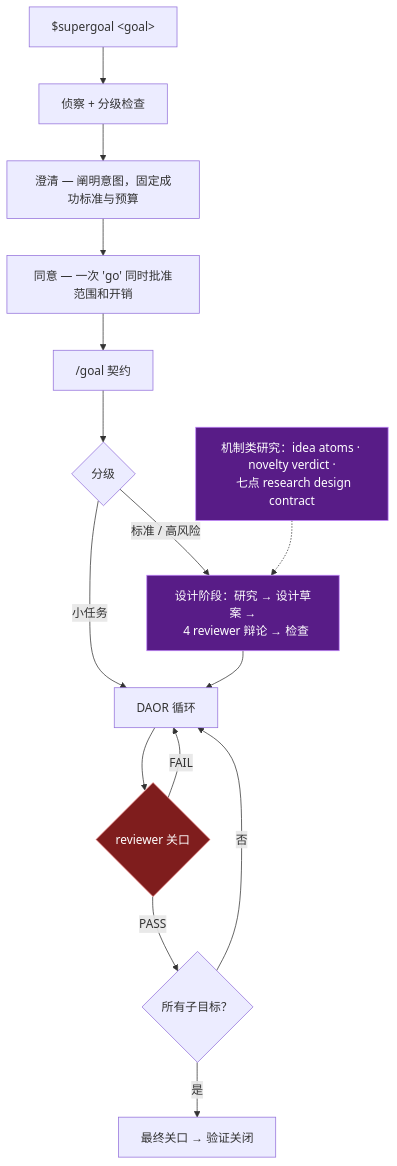
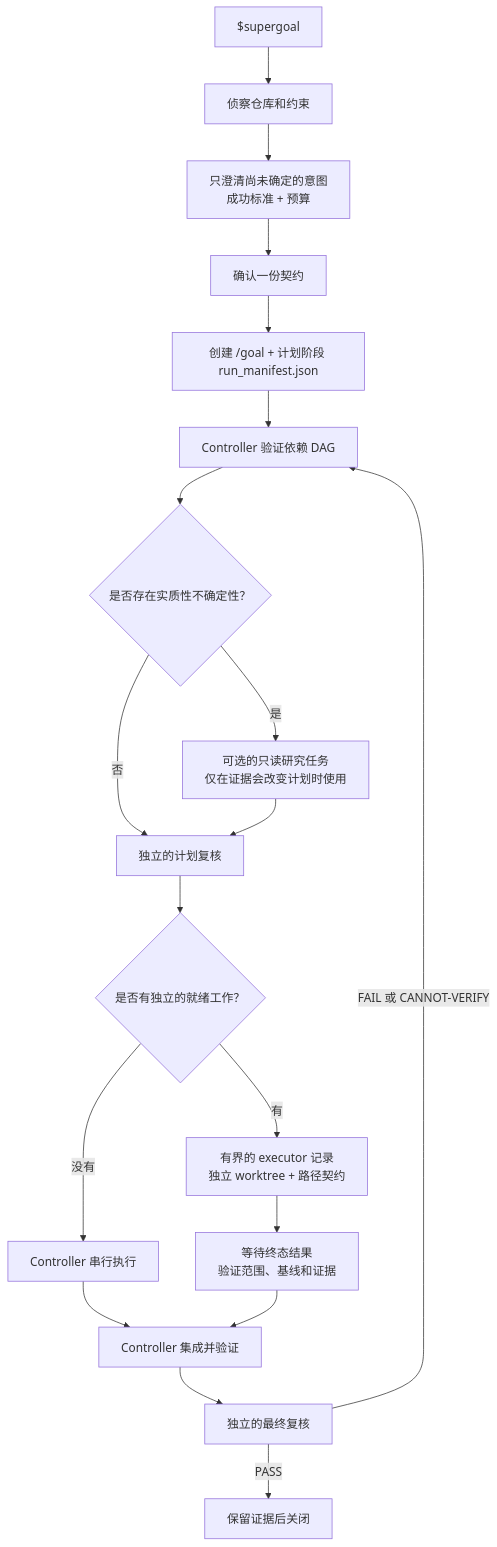
One commit to lidapengpeng/SuperGoal-Skill changed the diagram in README.zh-CN.md. Above: the diagram before and after it, drawn with Mermaid. The commit also changed other lines of this file and 40 other files, not shown here.

````diff
--- a/README.zh-CN.md
+++ b/README.zh-CN.md
@@ -43,24 +30,21 @@
-```mermaid
+~~~mermaid
 flowchart TD
-  A["$supergoal &lt;goal&gt;"] --> B["侦察 + 分级检查"]
-  B --> C["澄清 — 阐明意图，固定成功标准与预算"]
-  C --> D["同意 — 一次 'go' 同时批准范围和开销"]
-  D --> E["/goal 契约"]
-  E --> F{"分级"}
-  F -->|标准 / 高风险| G["设计阶段：研究 → 设计草案 →
-  4 reviewer 辩论 → 检查"]
-  F -->|小任务| H["DAOR 循环"]
-  M["机制类研究：idea atoms · novelty verdict ·
-  七点 research design contract"] -.-> G
-  G --> H
-  H --> I{"reviewer 关口"}
-  I -->|FAIL| H
-  I -->|PASS| J{"所有子目标？"}
-  J -->|否| H
-  J -->|是| K["最终关口 → 验证关闭"]
-
-  classDef gate fill:#7f1d1d,stroke:#fca5a5,color:#fff;
-  classDef design fill:#581c87,stroke:#c084fc,color:#fff;
-  class I gate;
-  class G,M design;
-```
+  A["$supergoal <task>"] --> B["侦察仓库和约束"]
+  B --> C["只澄清尚未确定的意图\n成功标准 + 预算"]
+  C --> D["确认一份契约"]
+  D --> E["创建 /goal + 计划阶段 run_manifest.json"]
+  E --> F["Controller 验证依赖 DAG"]
+  F --> G{"是否存在实质性不确定性？"}
+  G -->|是| H["可选的只读研究任务\n仅在证据会改变计划时使用"]
+  G -->|否| I["独立的计划复核"]
+  H --> I
+  I --> J{"是否有独立的就绪工作？"}
+  J -->|没有| K["Controller 串行执行"]
+  J -->|有| L["有界的 executor 记录\n独立 worktree + 路径契约"]
+  K --> M["Controller 集成并验证"]
+  L --> N["等待终态结果\n验证范围、基线和证据"]
+  N --> M
+  M --> O["独立的最终复核"]
+  O -->|PASS| P["保留证据后关闭"]
+  O -->|FAIL 或 CANNOT-VERIFY| F
+~~~
````
